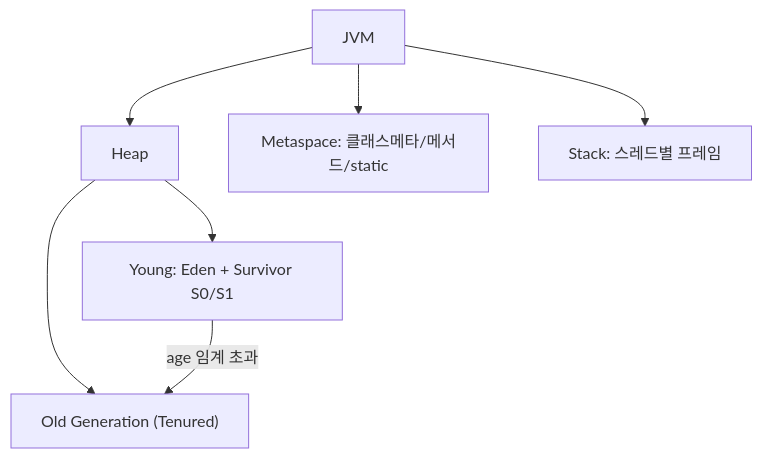
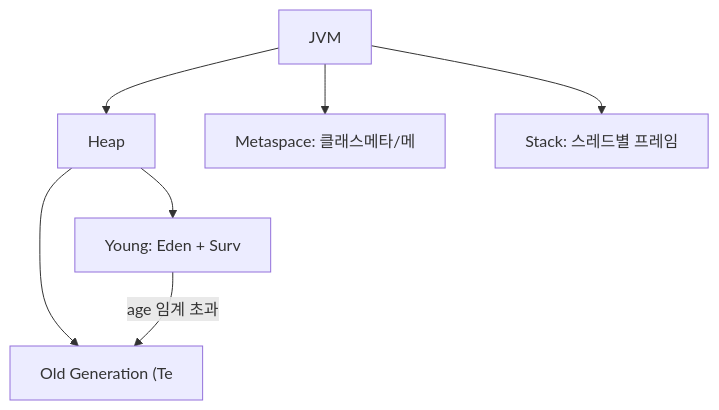
The second of 29 diagrams in _posts/java/2026-05-01-java-garbage-collector.md (yjkim2015/yjkim2015.github.io), drawn with Mermaid before and after one commit. The commit also changed other lines of this file and 271 other files, not shown here.

First line of the commit message:
Mermaid 라벨 축소: 긴 노드 텍스트 18자 이하로 트림 + \n 제거

````diff
--- a/_posts/java/2026-05-01-java-garbage-collector.md
+++ b/_posts/java/2026-05-01-java-garbage-collector.md
@@ -40,7 +40,7 @@
 ```mermaid
 graph TD
-    Heap --> Young["Young: Eden + Survivor S0/S1"]
-    Heap --> Old["Old Generation (Tenured)"]
+    Heap --> Young["Young: Eden + Surv"]
+    Heap --> Old["Old Generation (Te"]
     Young -->|"age 임계 초과"| Old
-    JVM --> Heap & Metaspace["Metaspace: 클래스메타/메서드/static"] & Stack["Stack: 스레드별 프레임"]
+    JVM --> Heap & Metaspace["Metaspace: 클래스메타/메"] & Stack["Stack: 스레드별 프레임"]
 ```
````
